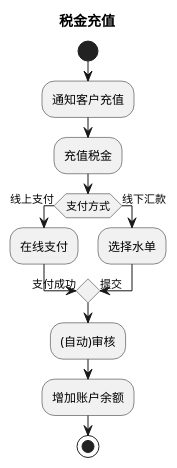
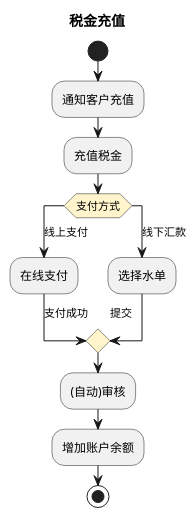
One commit to jack888332/projects-doc changed the fourth of 7 diagrams in product-caliber/goldjet/segmented-prd/mainflow/PRD.高捷物流系统一期.主流程.08.税金管理与财务结算流程.md. Above: the diagram before and after it, drawn with PlantUML. The commit also changed other lines of this file and 20 other files, not shown here.

Commit message:
优化流程表对应的DLS图

````diff
--- a/product-caliber/goldjet/segmented-prd/mainflow/PRD.高捷物流系统一期.主流程.08.税金管理与财务结算流程.md
+++ b/product-caliber/goldjet/segmented-prd/mainflow/PRD.高捷物流系统一期.主流程.08.税金管理与财务结算流程.md
@@ -59,18 +62,20 @@
 ```plantuml
 @startuml
+skinparam activityDiamondBackgroundColor #FFF4CC
 title 税金充值
 start
 :通知客户充值;
 :充值税金;
-if (支付方式) then (线上支付)
+switch (支付方式)
+case (线上支付)
   :在线支付;
   -> 支付成功;
-else (线下汇款)
+case (线下汇款)
   :选择水单;
   -> 提交;
-endif
+endswitch
 :(自动)审核;
 :增加账户余额;
 stop
 @enduml
 ```
````
